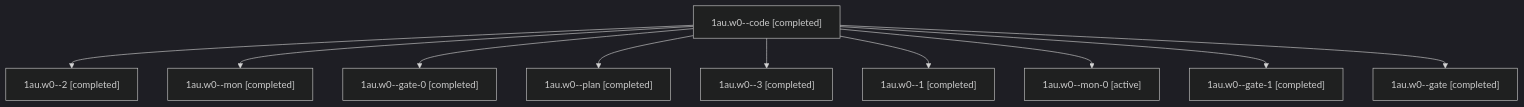
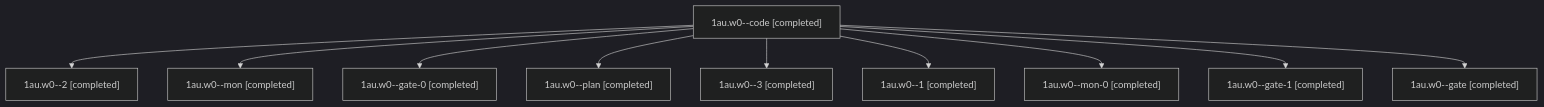
Before and after one commit to bobs-org/bob-cli--agents: the diagram in sessions/bbugyi200.athena.1au.w0.md, drawn with Mermaid (dark theme). The commit also changed other lines of this file and 10 other files, not shown here.

````diff
--- a/sessions/bbugyi200.athena.1au.w0.md
+++ b/sessions/bbugyi200.athena.1au.w0.md
@@ -9,22 +9,22 @@
 ```mermaid
 flowchart TD
   n0["1au.w0--code [completed]"]
   n1["1au.w0--2 [completed]"]
   n0 --> n1
   n2["1au.w0--mon [completed]"]
   n0 --> n2
   n3["1au.w0--gate-0 [completed]"]
   n0 --> n3
   n4["1au.w0--plan [completed]"]
   n0 --> n4
   n5["1au.w0--3 [completed]"]
   n0 --> n5
   n6["1au.w0--1 [completed]"]
   n0 --> n6
-  n7["1au.w0--mon-0 [active]"]
+  n7["1au.w0--mon-0 [completed]"]
   n0 --> n7
   n8["1au.w0--gate-1 [completed]"]
   n0 --> n8
   n9["1au.w0--gate [completed]"]
   n0 --> n9
 ```
````
